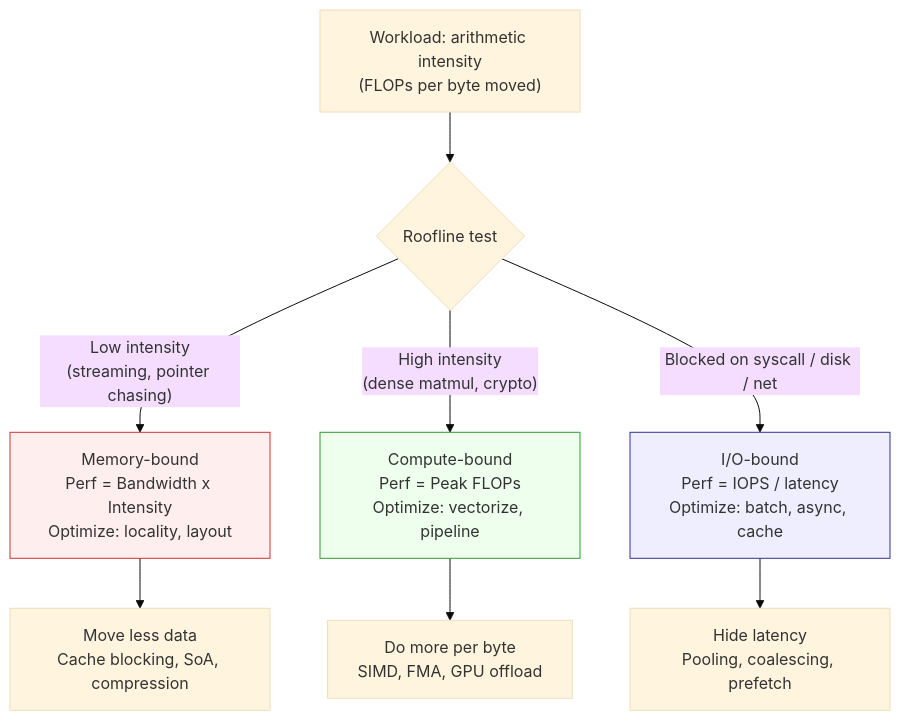
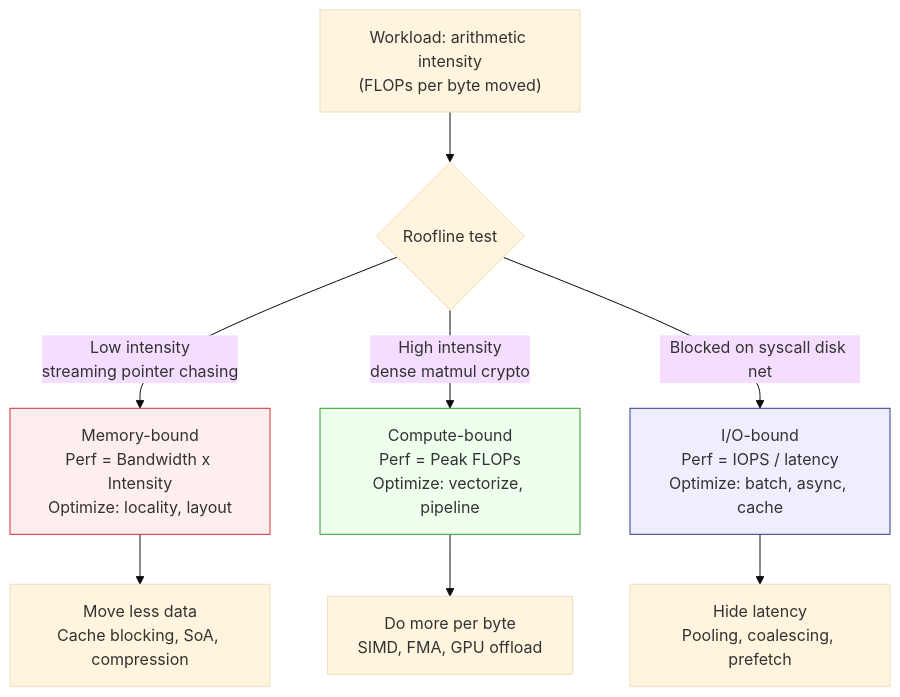
One commit to bumbsclaw/textbooks changed the fifth of 7 diagrams in vol-01-computer-architecture/ch01-mechanical-sympathy.md. Above: the diagram before and after it, drawn with Mermaid (base theme). The commit also changed other lines of this file and 173 other files, not shown here.

First line of the commit message:
fix(mermaid): close note brackets, semicolons in Notes, stateDiagram br -> dash, edge parens

````diff
--- a/vol-01-computer-architecture/ch01-mechanical-sympathy.md
+++ b/vol-01-computer-architecture/ch01-mechanical-sympathy.md
@@ -382,13 +375,13 @@
 ```mermaid
 flowchart TD
     A["Workload: arithmetic intensity<br/>(FLOPs per byte moved)"] --> B{"Roofline test"}
-    B -->|"Low intensity<br/>(streaming, pointer chasing)"| C["Memory-bound<br/>Perf = Bandwidth x Intensity<br/>Optimize: locality, layout"]
-    B -->|"High intensity<br/>(dense matmul, crypto)"| D["Compute-bound<br/>Perf = Peak FLOPs<br/>Optimize: vectorize, pipeline"]
-    B -->|"Blocked on syscall / disk / net"| E["I/O-bound<br/>Perf = IOPS / latency<br/>Optimize: batch, async, cache"]
+    B -->|"Low intensity<br > streaming pointer chasing "| C["Memory-bound<br/>Perf = Bandwidth x Intensity<br/>Optimize: locality, layout"]
+    B -->|"High intensity<br > dense matmul crypto "| D["Compute-bound<br/>Perf = Peak FLOPs<br/>Optimize: vectorize, pipeline"]
+    B -->|"Blocked on syscall disk net"| E["I/O-bound<br/>Perf = IOPS / latency<br/>Optimize: batch, async, cache"]
     C --> F["Move less data<br/>Cache blocking, SoA, compression"]
     D --> G["Do more per byte<br/>SIMD, FMA, GPU offload"]
     E --> H["Hide latency<br/>Pooling, coalescing, prefetch"]
     style C fill:#fee,stroke:#c33
     style D fill:#efe,stroke:#393
     style E fill:#eef,stroke:#339
 ```
````
